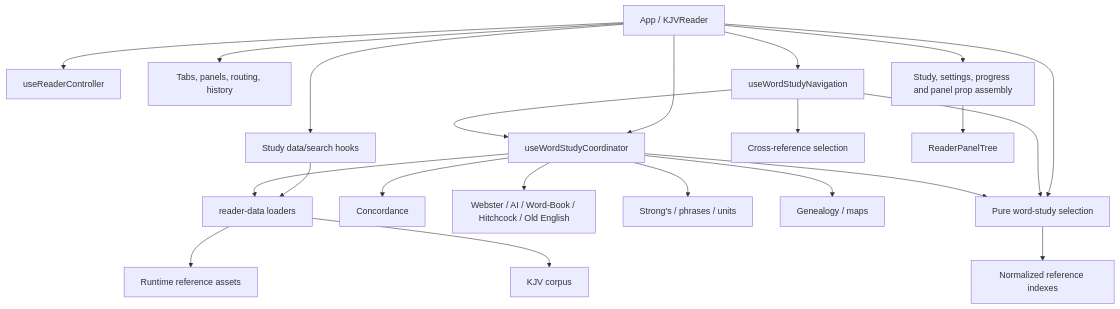
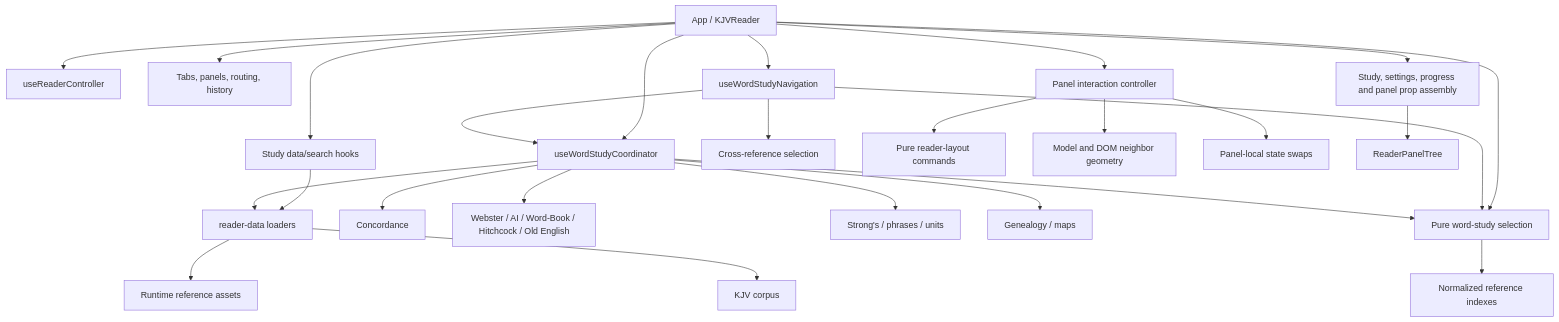
The diagram in reports/kjv-reader-refactor-plan-2026-08-24.md (gcoxdev/KJV-Only), drawn with Mermaid before and after one commit. The commit also changed other lines of this file and 8 other files, not shown here.

Commit message:
refactor(reader): isolate panel interactions

````diff
--- a/reports/kjv-reader-refactor-plan-2026-08-24.md
+++ b/reports/kjv-reader-refactor-plan-2026-08-24.md
@@ -30,28 +30,32 @@
 ```mermaid
 flowchart TD
     App[App / KJVReader] --> Controller[useReaderController]
     App --> Workspace[Tabs, panels, routing, history]
+    App --> PanelController[Panel interaction controller]
     App --> StudyHooks[Study data/search hooks]
     App --> Navigation[useWordStudyNavigation]
     App --> Coordinator[useWordStudyCoordinator]
     App --> Selection[Pure word-study selection]
 
     Navigation --> CrossRefs[Cross-reference selection]
     Navigation --> Coordinator
     Navigation --> Selection
     Coordinator --> Selection
 
     Coordinator --> Concordance[Concordance]
     Coordinator --> Dictionaries[Webster / AI / Word-Book / Hitchcock / Old English]
     Coordinator --> Lexical[Strong's / phrases / units]
     Coordinator --> Contextual[Genealogy / maps]
 
     StudyHooks --> Data[reader-data loaders]
     Coordinator --> Data
     Selection --> References[Normalized reference indexes]
     Data --> Assets[Runtime reference assets]
     Data --> Corpus[KJV corpus]
 
     App --> ViewModels[Study, settings, progress and panel prop assembly]
+    PanelController --> Layout[Pure reader-layout commands]
+    PanelController --> Neighbors[Model and DOM neighbor geometry]
+    PanelController --> LeafState[Panel-local state swaps]
     ViewModels --> PanelTree[ReaderPanelTree]
 ```
````
